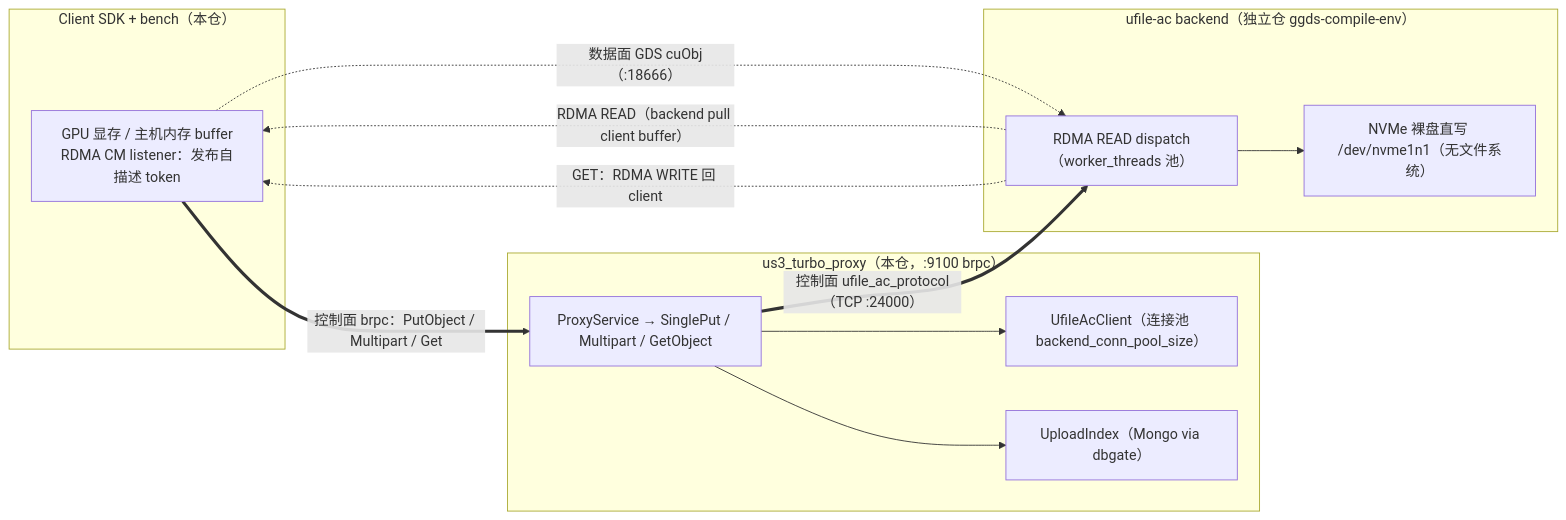
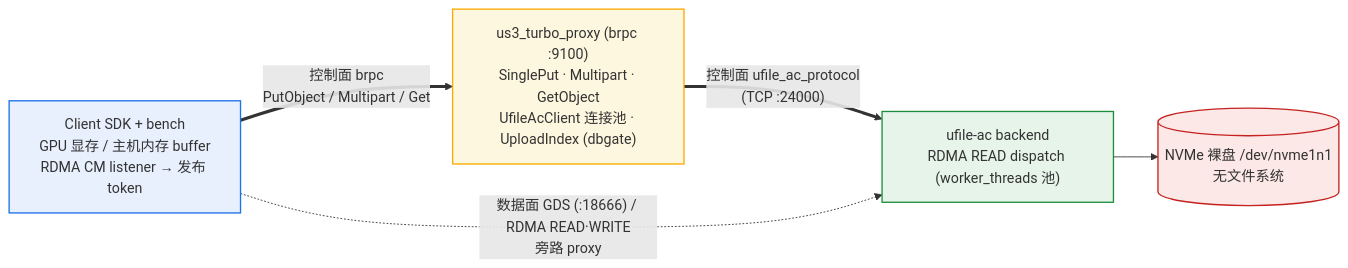
One commit to Starlight15/Us3Turbo changed the first of 2 diagrams in docs/PROJECT_OVERVIEW.md. Above: the diagram before and after it, drawn with Mermaid. The commit also changed other lines of this file, not shown here.

Commit message:
docs: 重新设计 §2.1 三层拓扑图，删除架构一致性约束
- 拓扑改为横向四节点布局：Client → Proxy → Backend → NVMe（圆柱体），
  控制面粗实线沿主轴经 proxy 转发，数据面虚线从 client 弧形直达 backend（旁路 proxy），
  四层以配色区分（client 蓝 / proxy 黄 / backend 绿 / NVMe 红）
- 去掉三段 subgraph 内部连线，节点内合并关键职责文字，更简洁直观
- 删除「架构一致性约束」callout（upload_id/trace_id 信息已在 §2.2/§2.6 承载）

````diff
--- a/docs/PROJECT_OVERVIEW.md
+++ b/docs/PROJECT_OVERVIEW.md
@@ -56,24 +56,21 @@
 ```mermaid
 flowchart LR
-  subgraph CL["Client SDK + bench（本仓）"]
-    CMEM["GPU 显存 / 主机内存 buffer<br/>RDMA CM listener：发布自描述 token"]
-  end
-  subgraph PX["us3_turbo_proxy（本仓，:9100 brpc）"]
-    PSVC["ProxyService → SinglePut / Multipart / GetObject"]
-    UAC["UfileAcClient（连接池 backend_conn_pool_size）"]
-    IDX["UploadIndex（Mongo via dbgate）"]
-    PSVC --> UAC
-    PSVC --> IDX
-  end
-  subgraph BK["ufile-ac backend（独立仓 ggds-compile-env）"]
-    DISP["RDMA READ dispatch（worker_threads 池）"]
-    NVME["NVMe 裸盘直写 /dev/nvme1n1（无文件系统）"]
-    DISP --> NVME
-  end
+  CL["Client SDK + bench<br/>GPU 显存 / 主机内存 buffer<br/>RDMA CM listener → 发布 token"]
+  PX["us3_turbo_proxy (brpc :9100)<br/>SinglePut · Multipart · GetObject<br/>UfileAcClient 连接池 · UploadIndex (dbgate)"]
+  DISP["ufile-ac backend<br/>RDMA READ dispatch (worker_threads 池)"]
+  NVMe[("NVMe 裸盘 /dev/nvme1n1<br/>无文件系统")]
 
-  CMEM ==>|"控制面 brpc：PutObject / Multipart / Get"| PSVC
-  PSVC ==>|"控制面 ufile_ac_protocol（TCP :24000）"| DISP
-  CMEM -.->|"数据面 GDS cuObj（:18666）"| DISP
-  DISP -.->|"RDMA READ（backend pull client buffer）"| CMEM
-  DISP -.->|"GET：RDMA WRITE 回 client"| CMEM
+  CL ==>|"控制面 brpc<br/>PutObject / Multipart / Get"| PX
+  PX ==>|"控制面 ufile_ac_protocol<br/>(TCP :24000)"| DISP
+  CL -.->|"数据面 GDS (:18666) / RDMA READ·WRITE<br/>旁路 proxy"| DISP
+  DISP --> NVMe
+
+  classDef client fill:#e8f0fe,stroke:#1a73e8,stroke-width:1.5px
+  classDef proxy  fill:#fef7e0,stroke:#f9ab00,stroke-width:1.5px
+  classDef back   fill:#e6f4ea,stroke:#1e8e3e,stroke-width:1.5px
+  classDef disk   fill:#fce8e6,stroke:#c5221f,stroke-width:1.5px
+  class CL client
+  class PX proxy
+  class DISP back
+  class NVMe disk
 ```
````
